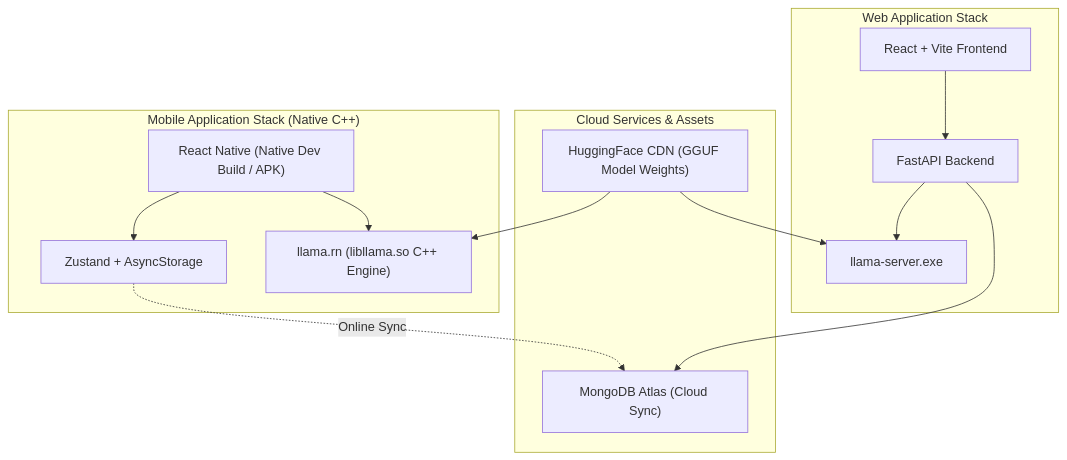
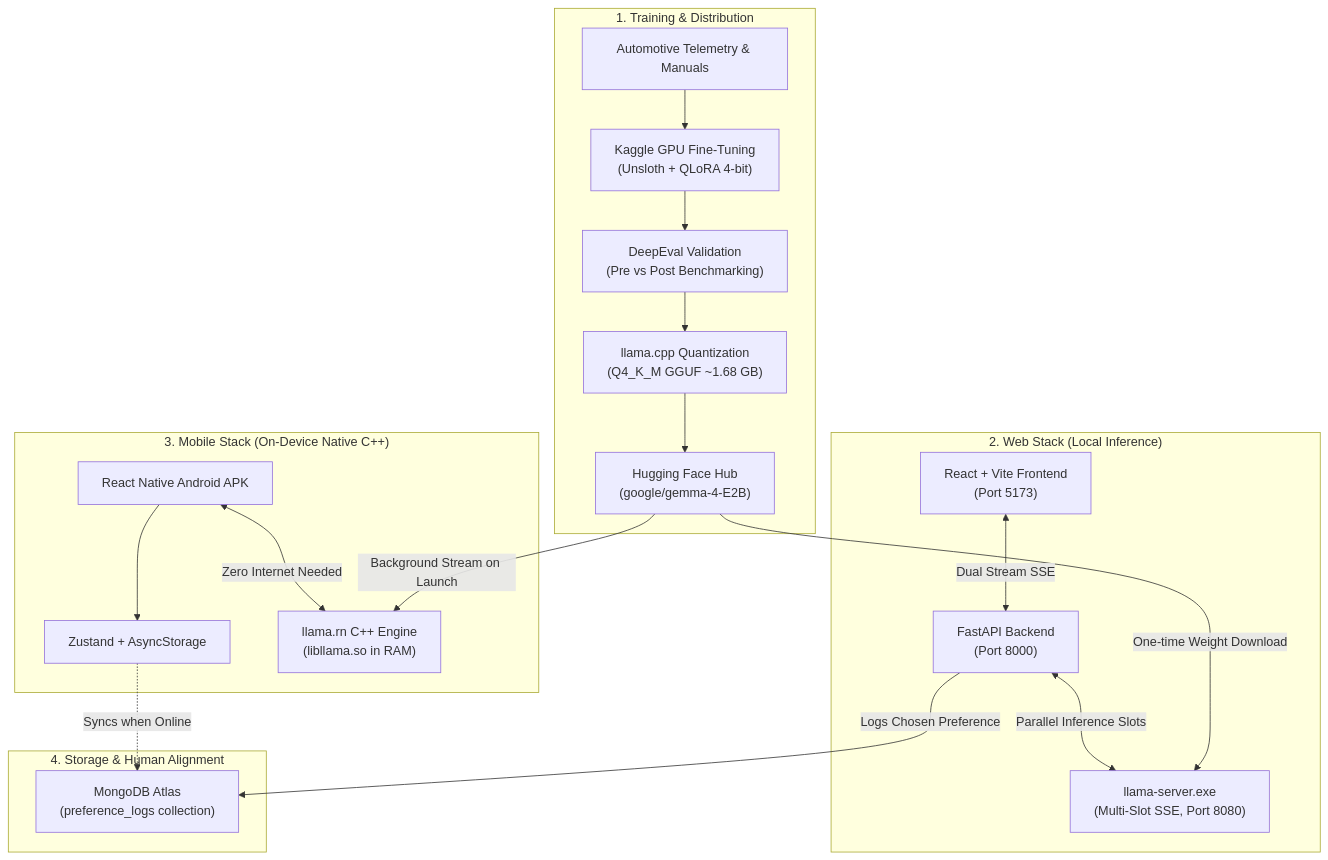
Before and after one commit to ssiddiquiii/car-specialist-gpt: the diagram in README.md, drawn with Mermaid. The commit also changed other lines of this file and 14 other files, not shown here.

````diff
--- a/README.md
+++ b/README.md
@@ -57,30 +48,36 @@
 ```mermaid
 flowchart TD
-    subgraph Web_Stack["Web Application Stack"]
-        VITE["React + Vite Frontend"]
-        FASTAPI["FastAPI Backend"]
-        LLAMA_SERVER["llama-server.exe"]
-        
-        VITE --> FASTAPI
-        FASTAPI --> LLAMA_SERVER
+    subgraph Model_Pipeline["1. Training & Distribution"]
+        RAW["Automotive Telemetry & Manuals"] --> KAGGLE["Kaggle GPU Fine-Tuning\n(Unsloth + QLoRA 4-bit)"]
+        KAGGLE --> EVAL["DeepEval Validation\n(Pre vs Post Benchmarking)"]
+        EVAL --> GGUF["llama.cpp Quantization\n(Q4_K_M GGUF ~1.68 GB)"]
+        GGUF --> HF["Hugging Face Hub\n(google/gemma-4-E2B)"]
     end
 
-    subgraph Mobile_Stack["Mobile Application Stack (Native C++)"]
-        EXPO["React Native (Native Dev Build / APK)"]
-        STORE["Zustand + AsyncStorage"]
-        LLAMA_RN["llama.rn (libllama.so C++ Engine)"]
-        
-        EXPO --> STORE
-        EXPO --> LLAMA_RN
+    subgraph Web_Stack["2. Web Stack (Local Inference)"]
+        VITE["React + Vite Frontend\n(Port 5173)"]
+        FASTAPI["FastAPI Backend\n(Port 8000)"]
+        LLAMA_SRV["llama-server.exe\n(Multi-Slot SSE, Port 8080)"]
+
+        VITE <-->|Dual Stream SSE| FASTAPI
+        FASTAPI <-->|Parallel Inference Slots| LLAMA_SRV
     end
 
-    subgraph Storage["Cloud Services & Assets"]
-        MONGO_ATLAS["MongoDB Atlas (Cloud Sync)"]
-        HF["HuggingFace CDN (GGUF Model Weights)"]
+    subgraph Mobile_Stack["3. Mobile Stack (On-Device Native C++)"]
+        EXPO["React Native Android APK"]
+        STORE["Zustand + AsyncStorage"]
+        LLAMA_RN["llama.rn C++ Engine\n(libllama.so in RAM)"]
+
+        EXPO --> STORE
+        EXPO <-->|Zero Internet Needed| LLAMA_RN
     end
 
-    FASTAPI --> MONGO_ATLAS
-    STORE -.->|Online Sync| MONGO_ATLAS
-    HF --> LLAMA_SERVER
-    HF --> LLAMA_RN
+    subgraph Storage_Cloud["4. Storage & Human Alignment"]
+        MONGO["MongoDB Atlas\n(preference_logs collection)"]
+    end
+
+    FASTAPI -->|Logs Chosen Preference| MONGO
+    STORE -.->|Syncs when Online| MONGO
+    HF -->|One-time Weight Download| LLAMA_SRV
+    HF -->|Background Stream on Launch| LLAMA_RN
 ```
````
